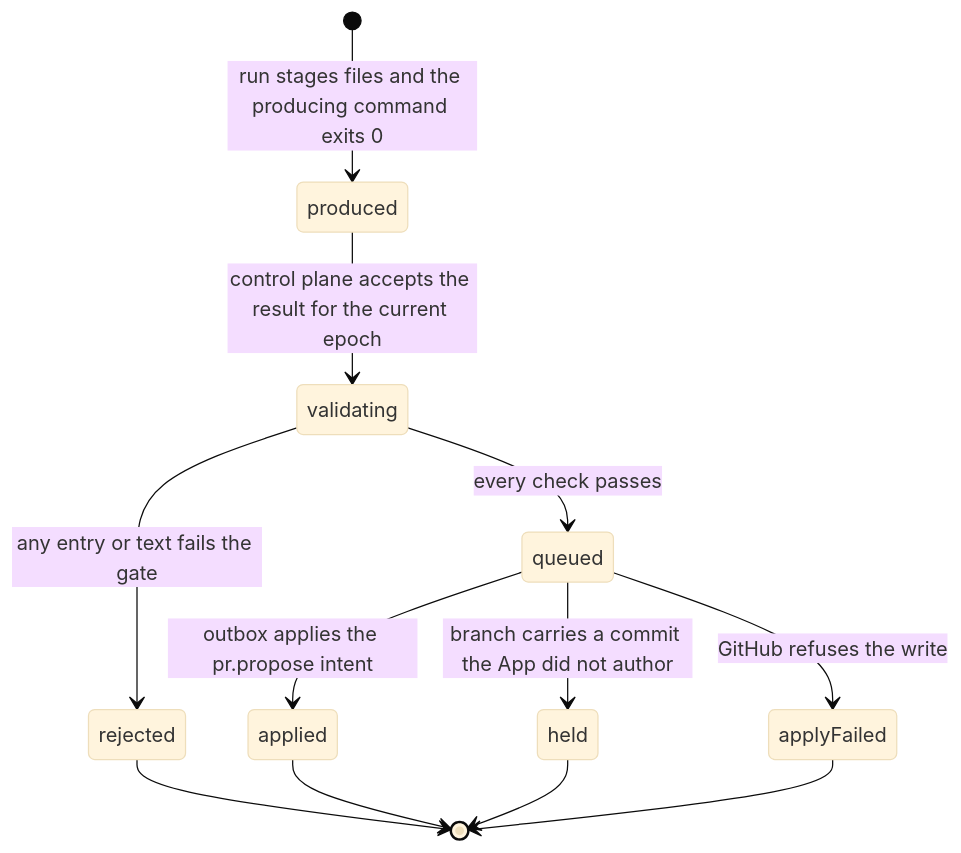
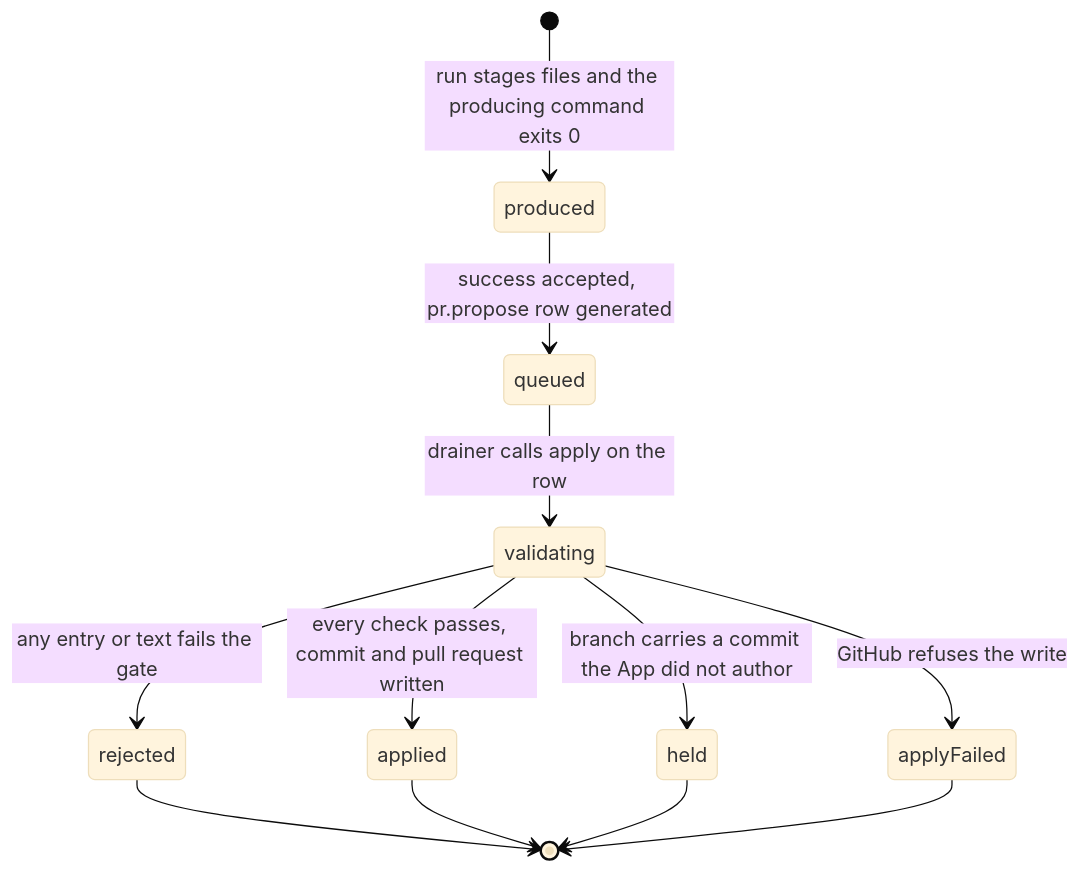
Before and after one commit to fractalboxdev/flare-dispatch: the first of 4 diagrams in specs/runs/agentic.md, drawn with Mermaid (base theme). The commit also changed other lines of this file and 45 other files, not shown here.

````diff
--- a/specs/runs/agentic.md
+++ b/specs/runs/agentic.md
@@ -37,19 +39,19 @@
 ```mermaid
 stateDiagram-v2
   accTitle: Staged write lifecycle
   [*] --> produced: run stages files and the producing command exits 0
-  produced --> validating: control plane accepts the result for the current epoch
+  produced --> queued: success accepted, pr.propose row generated
+  queued --> validating: drainer calls apply on the row
   validating --> rejected: any entry or text fails the gate
-  validating --> queued: every check passes
-  queued --> applied: outbox applies the pr.propose intent
-  queued --> held: branch carries a commit the App did not author
-  queued --> applyFailed: GitHub refuses the write
+  validating --> applied: every check passes, commit and pull request written
+  validating --> held: branch carries a commit the App did not author
+  validating --> applyFailed: GitHub refuses the write
   rejected --> [*]
   applied --> [*]
   held --> [*]
   applyFailed --> [*]
   class rejected danger
   class applyFailed danger
   class applied ok
   class held warn
 ```
````
